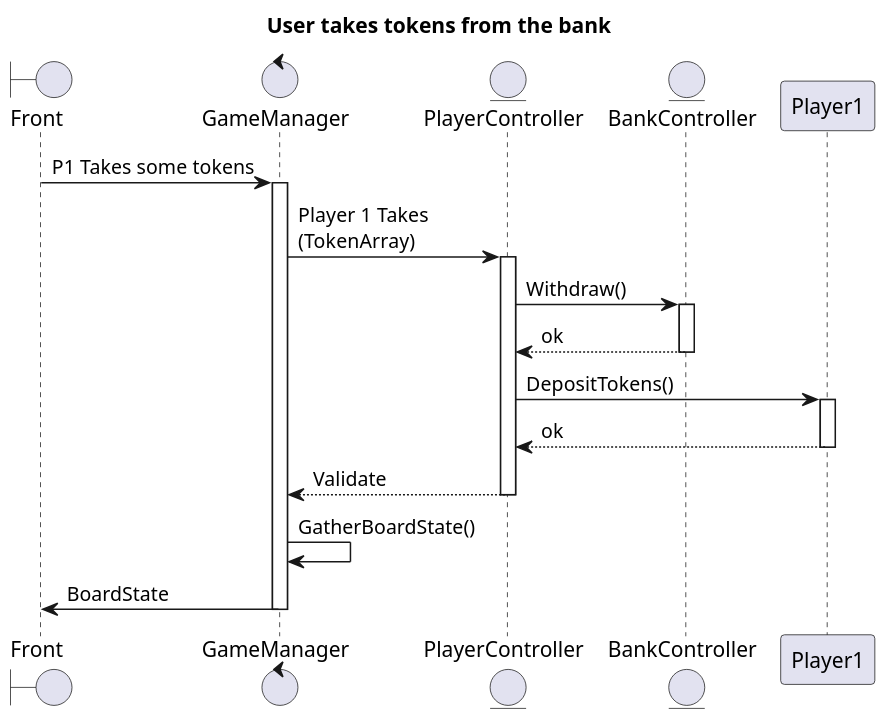
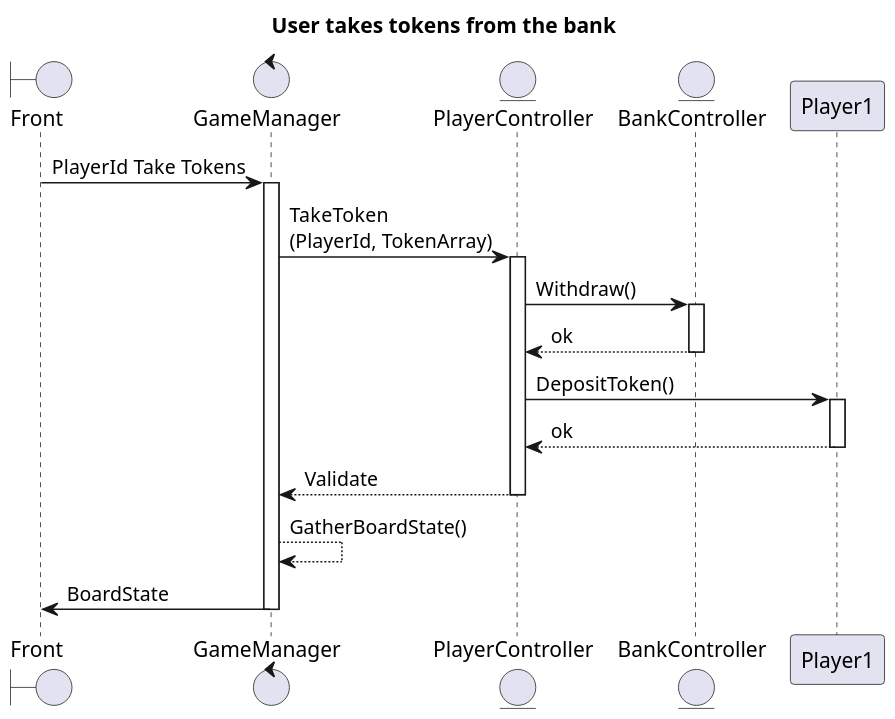
One commit to kalharko/splendia changed the diagram in Technical Specifications/Sequence Diagrams/TakeTokens.puml. Above: the diagram before and after it, drawn with PlantUML. The commit also changed 4 other files, not shown here.

Commit message:
:construction: diagrams

```diff
--- a/Technical Specifications/Sequence Diagrams/TakeTokens.puml
+++ b/Technical Specifications/Sequence Diagrams/TakeTokens.puml
@@ -1,33 +1,33 @@
 @startuml Initialisation
 title User takes tokens from the bank
 scale 1.5
 
 boundary Front
 control GameManager
 entity PlayerController
 entity BankController
 
 
-Front -> GameManager : P1 Takes some tokens
+Front -> GameManager : PlayerId Take Tokens
 activate GameManager
 
-GameManager -> PlayerController : Player 1 Takes\n(TokenArray)
+GameManager -> PlayerController : TakeToken\n(PlayerId, TokenArray)
 activate PlayerController
 
 PlayerController -> BankController : Withdraw()
 activate BankController
 BankController --> PlayerController : ok
 deactivate BankController
 
-PlayerController -> Player1 : DepositTokens()
+PlayerController -> Player1 : DepositToken()
 activate Player1
 PlayerController <-- Player1 : ok
 deactivate Player1
 
 PlayerController --> GameManager : Validate
 deactivate PlayerController
-GameManager -> GameManager : GatherBoardState()
+GameManager --> GameManager : GatherBoardState()
 GameManager -> Front : BoardState
 deactivate GameManager
 
 @enduml
```
